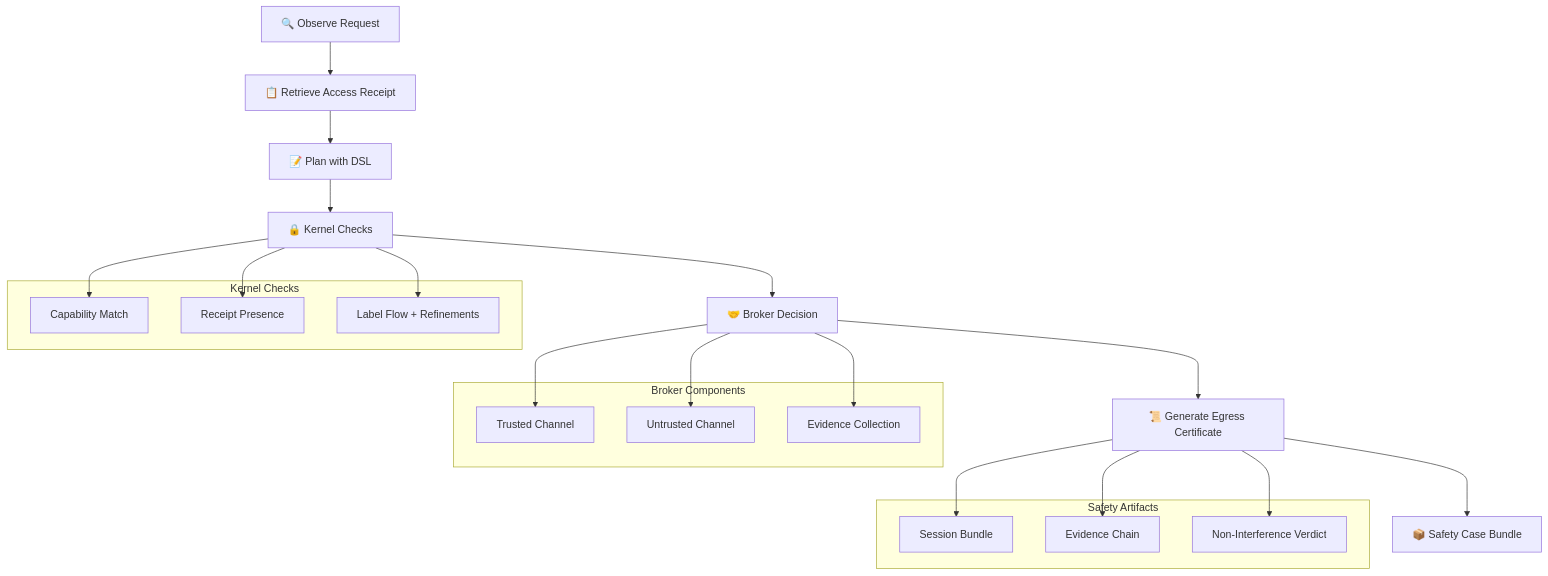
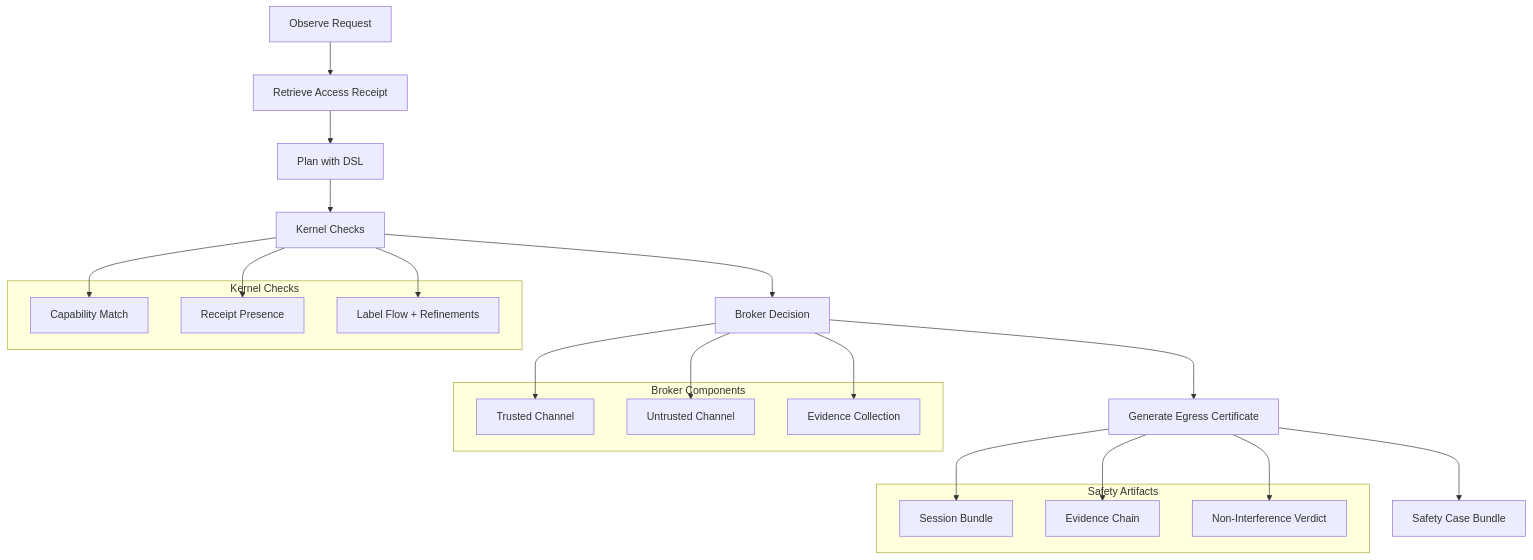
Before and after one commit to SentinelOps-CI/provability-fabric: the diagram in docs/overview/decision_path.md, drawn with Mermaid.

Commit message:
feat/improving documentation

````diff
--- a/docs/overview/decision_path.md
+++ b/docs/overview/decision_path.md
@@ -7,37 +7,37 @@
 ```mermaid
 graph TD
-    A[🔍 Observe Request] --> B[📋 Retrieve Access Receipt]
-    B --> C[📝 Plan with DSL]
-    C --> D[🔒 Kernel Checks]
-    D --> E[🤝 Broker Decision]
-    E --> F[📜 Generate Egress Certificate]
-    F --> G[📦 Safety Case Bundle]
+    A[Observe Request] --> B[Retrieve Access Receipt]
+    B --> C[Plan with DSL]
+    C --> D[Kernel Checks]
+    D --> E[Broker Decision]
+    E --> F[Generate Egress Certificate]
+    F --> G[Safety Case Bundle]
     
     subgraph "Kernel Checks"
         D1[Capability Match]
         D2[Receipt Presence]
         D3[Label Flow + Refinements]
     end
     
     subgraph "Broker Components"
         E1[Trusted Channel]
         E2[Untrusted Channel]
         E3[Evidence Collection]
     end
     
     subgraph "Safety Artifacts"
         G1[Session Bundle]
         G2[Evidence Chain]
         G3[Non-Interference Verdict]
     end
     
     D --> D1
     D --> D2
     D --> D3
     E --> E1
     E --> E2
     E --> E3
     F --> G1
     F --> G2
     F --> G3
 ```
````
